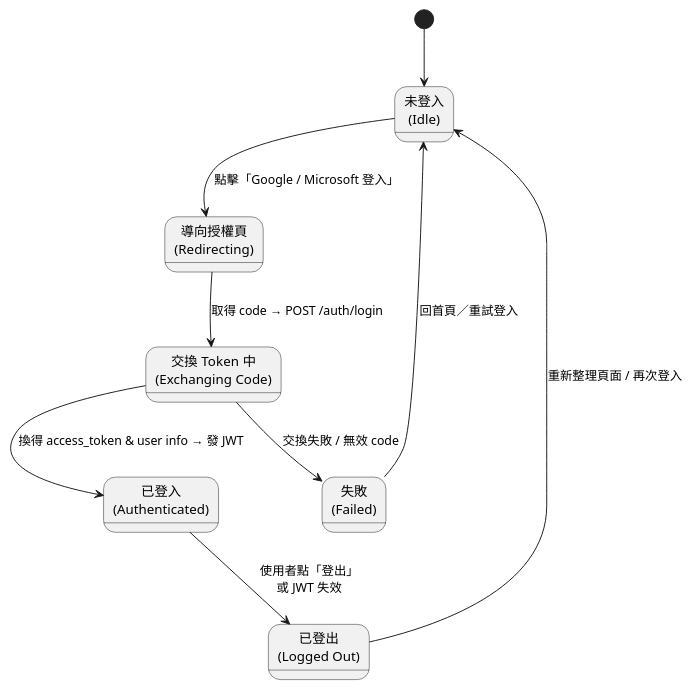
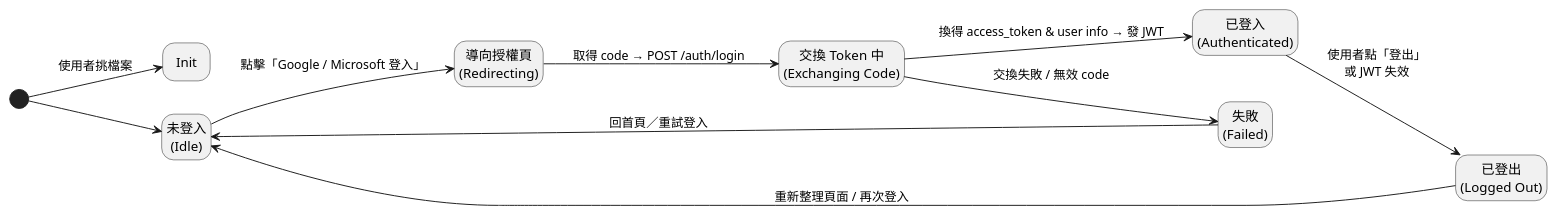
One commit to walle45611/NTUB_SecuManag_Diagram changed the diagram in plantUML/state/login.puml. Above: the diagram before and after it, drawn with PlantUML. The commit also changed 7 other files, not shown here.

Commit message:
(modify): 調整狀態機圖圖

```diff
--- a/plantUML/state/login.puml
+++ b/plantUML/state/login.puml
@@ -1,23 +1,27 @@
 @startuml
 
+left to right direction
+hide empty description
+
+[*] --> Init : 使用者挑檔案
 
 [*] --> Idle
 state "未登入\n(Idle)" as Idle <<idle>>
 
 Idle --> Redirecting : 點擊「Google / Microsoft 登入」
 state "導向授權頁\n(Redirecting)" as Redirecting <<redirect>>
 
 Redirecting --> Exchanging : 取得 code → POST /auth/login
 state "交換 Token 中\n(Exchanging Code)" as Exchanging <<verifying>>
 
 Exchanging --> Authenticated : 換得 access_token & user info → 發 JWT
 state "已登入\n(Authenticated)" as Authenticated <<auth>>
 
 Exchanging --> Failed : 交換失敗 / 無效 code
 state "失敗\n(Failed)" as Failed <<error>>
 Failed --> Idle : 回首頁／重試登入
 
 Authenticated --> LoggedOut : 使用者點「登出」\n或 JWT 失效
 state "已登出\n(Logged Out)" as LoggedOut <<terminal>>
 LoggedOut --> Idle : 重新整理頁面 / 再次登入
 @enduml
```
